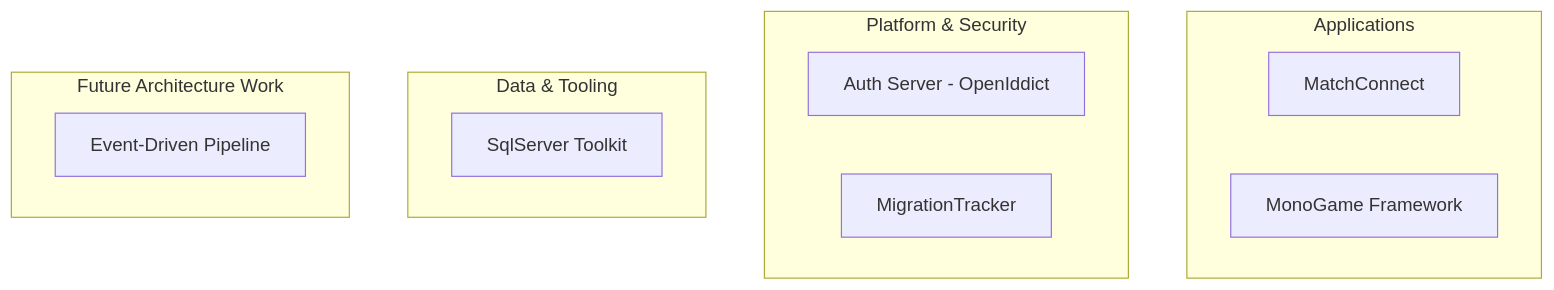
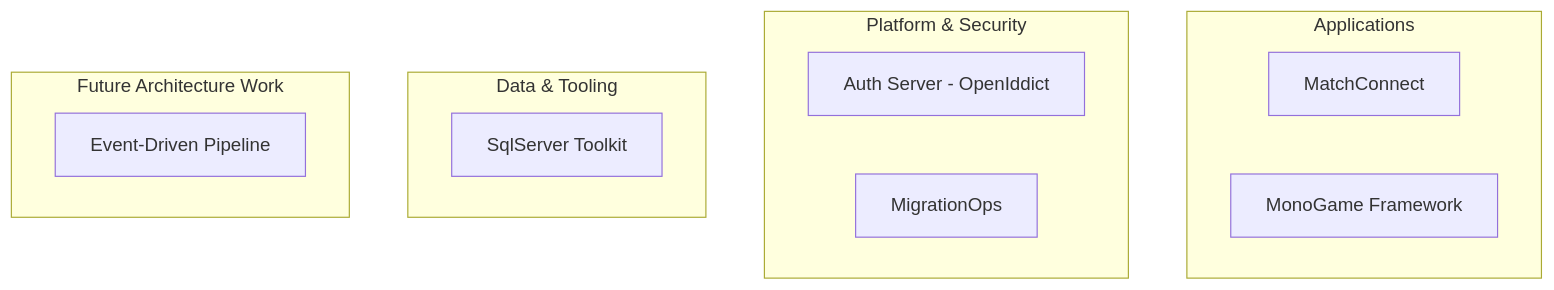
The diagram in README.md (CatFortman/CatFortman), drawn with Mermaid before and after one commit. The commit also changed other lines of this file, not shown here.

````diff
--- a/README.md
+++ b/README.md
@@ -71,21 +71,21 @@
 ```mermaid
 graph TB
 
 subgraph A[Applications]
 MC[MatchConnect]
 MG[MonoGame Framework]
 end
 
 subgraph B[Platform & Security]
 AUTH[Auth Server - OpenIddict]
-MIG[MigrationTracker]
+MIG[MigrationOps]
 end
 
 subgraph C[Data & Tooling]
 SQL[SqlServer Toolkit]
 end
 
 subgraph D[Future Architecture Work]
 AZ[Event-Driven Pipeline]
 end
 ```
````
